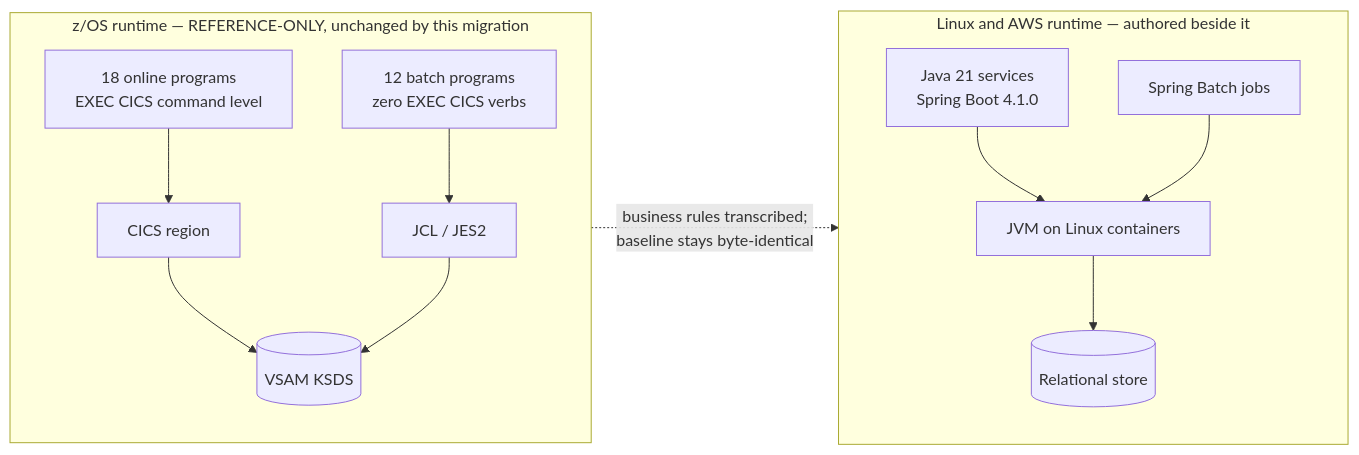
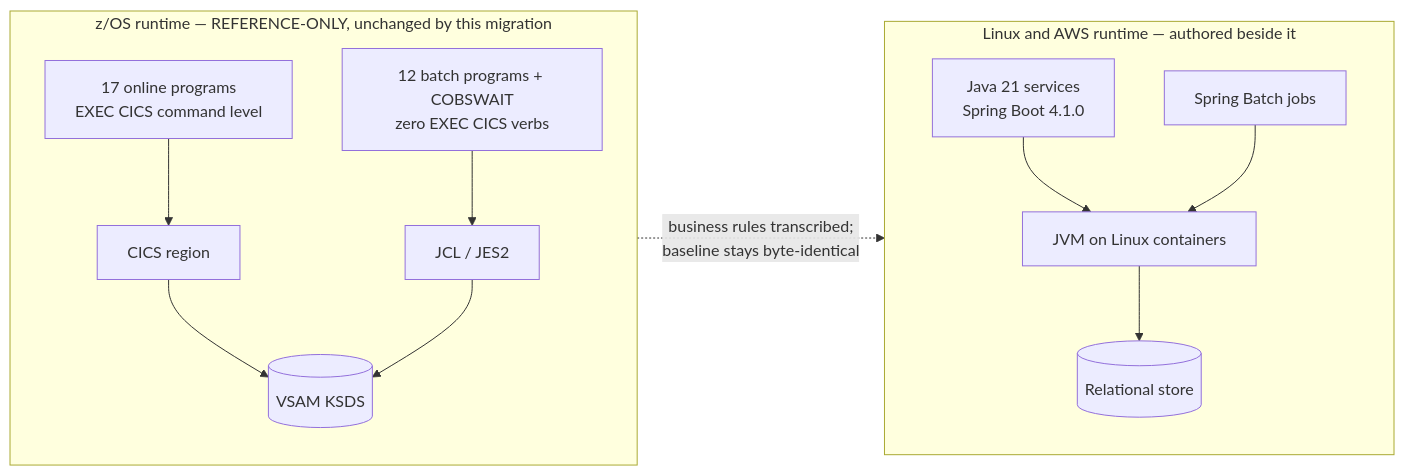
The diagram in docs/adr/ADR-001-language-and-runtime.md (Blitzy-LocalStack/aws-mainframe-modernization-carddemo), drawn with Mermaid before and after one commit. The commit also changed other lines of this file and 284 other files, not shown here.

````diff
--- a/docs/adr/ADR-001-language-and-runtime.md
+++ b/docs/adr/ADR-001-language-and-runtime.md
@@ -76,18 +85,18 @@
 ```mermaid
 graph LR
     subgraph REF["z/OS runtime — REFERENCE-ONLY, unchanged by this migration"]
-        A["18 online programs<br/>EXEC CICS command level"] --> B["CICS region"]
-        C["12 batch programs<br/>zero EXEC CICS verbs"] --> D["JCL / JES2"]
+        A["17 online programs<br/>EXEC CICS command level"] --> B["CICS region"]
+        C["12 batch programs + COBSWAIT<br/>zero EXEC CICS verbs"] --> D["JCL / JES2"]
         B --> E[("VSAM KSDS")]
         D --> E
     end
 
     subgraph TGT["Linux and AWS runtime — authored beside it"]
         F["Java 21 services<br/>Spring Boot 4.1.0"] --> G["JVM on Linux containers"]
         H["Spring Batch jobs"] --> G
         G --> I[("Relational store")]
     end
 
     REF -.->|"business rules transcribed;<br/>baseline stays byte-identical"| TGT
 %% The left side keeps running and is never edited. The arrow is one-way by design.
 ```
````
